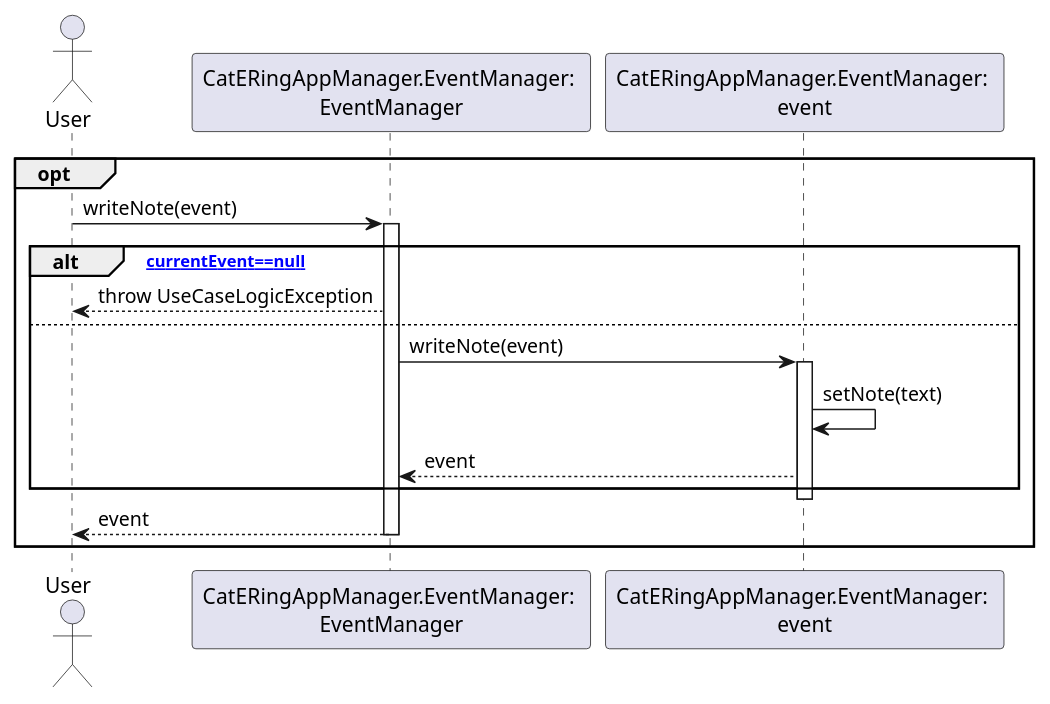
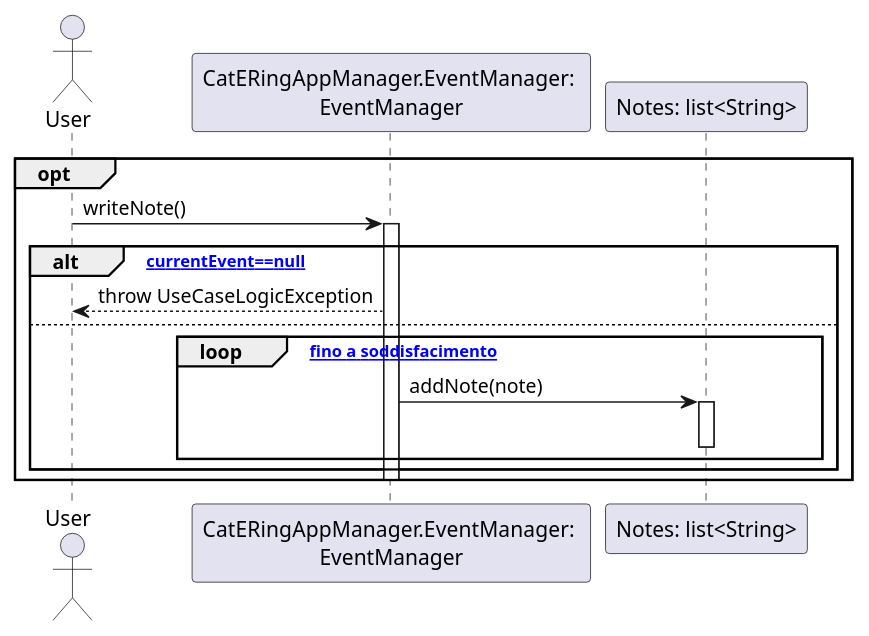
One commit to m0canu1/sas changed the diagram in dsd/dsd-eventi/scenarioPrincipale/5-writeNote.md. Above: the diagram before and after it, drawn with PlantUML. The commit also changed 6 other files, not shown here.

````diff
--- a/dsd/dsd-eventi/scenarioPrincipale/5-writeNote.md
+++ b/dsd/dsd-eventi/scenarioPrincipale/5-writeNote.md
@@ -1,26 +1,20 @@
 ```plantuml
 Actor User
 Participant "CatERingAppManager.EventManager: \nEventManager" as EM 
-Participant "CatERingAppManager.EventManager: \nevent" as E
 
 opt
-    User -> EM: writeNote(event)
+    User -> EM: writeNote()
     Activate EM  
     alt [currentEvent==null]
         EM --> User: throw UseCaseLogicException
     else
-        EM -> E: writeNote(event)
-        Activate E
-
-        E -> E: setNote(text)
-        
-        E --> EM: event
-
+    loop ["fino a soddisfacimento"]
+        EM -> "Notes: list<String>": addNote(note)
+        Activate "Notes: list<String>"
+        Deactivate "Notes: list<String>"        
     end
-    Deactivate E
-
-    EM --> User: event
+    end
     Deactivate EM
 end
 
 ```
````
